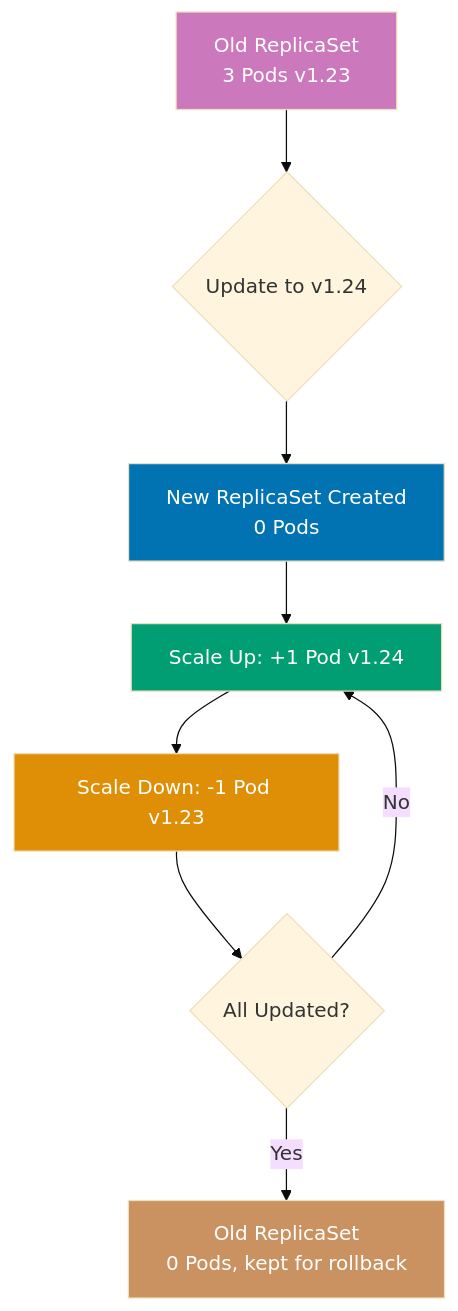
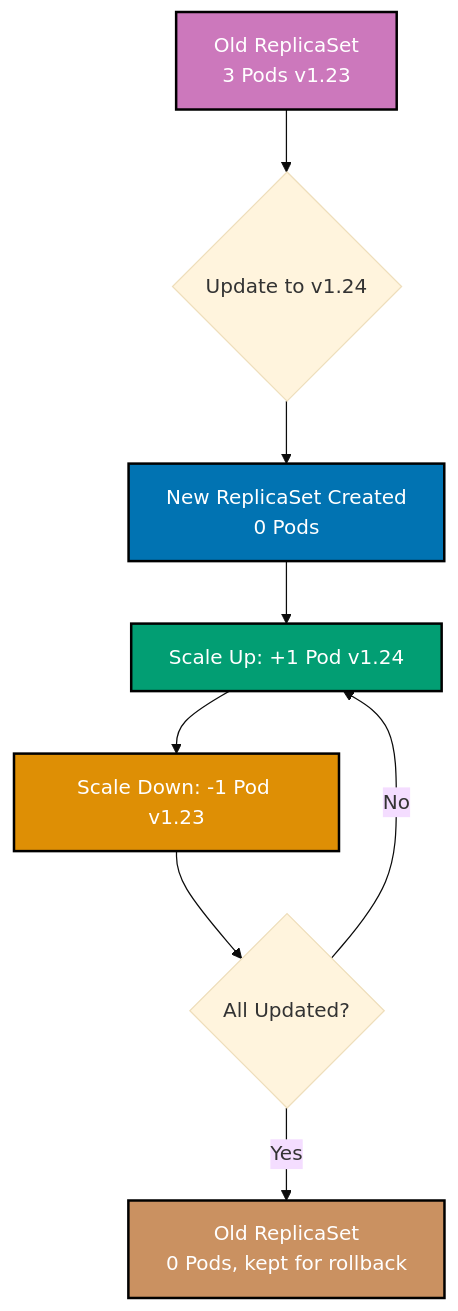
The fifth of 9 diagrams in apps/ayokoding-web/content/en/learn/software-engineering/infrastructure/tools/kubernetes/by-example/beginner.md (wahidyankf/open-sharia-enterprise), drawn with Mermaid (base theme) before and after one commit. The commit also changed other lines of this file and 25 other files, not shown here.

````diff
--- a/apps/ayokoding-web/content/en/learn/software-engineering/infrastructure/tools/kubernetes/by-example/beginner.md
+++ b/apps/ayokoding-web/content/en/learn/software-engineering/infrastructure/tools/kubernetes/by-example/beginner.md
@@ -657,17 +661,18 @@
 ```mermaid
+%% Color Palette: Blue #0173B2, Orange #DE8F05, Teal #029E73, Purple #CC78BC, Brown #CA9161
 %% Rolling update process
 graph TD
  A[Old ReplicaSet<br/>3 Pods v1.23] --> B{Update to v1.24}
  B --> C[New ReplicaSet Created<br/>0 Pods]
  C --> D[Scale Up: +1 Pod v1.24]
  D --> E[Scale Down: -1 Pod v1.23]
  E --> F{All Updated?}
  F -->|No| D
  F -->|Yes| G[Old ReplicaSet<br/>0 Pods, kept for rollback]
 
- style A fill:#CC78BC,color:#fff
- style C fill:#0173B2,color:#fff
- style D fill:#029E73,color:#fff
- style E fill:#DE8F05,color:#fff
- style G fill:#CA9161,color:#fff
+ style A fill:#CC78BC,stroke:#000000,stroke-width:2px,color:#fff
+ style C fill:#0173B2,stroke:#000000,stroke-width:2px,color:#fff
+ style D fill:#029E73,stroke:#000000,stroke-width:2px,color:#fff
+ style E fill:#DE8F05,stroke:#000000,stroke-width:2px,color:#fff
+ style G fill:#CA9161,stroke:#000000,stroke-width:2px,color:#fff
 ```
````
